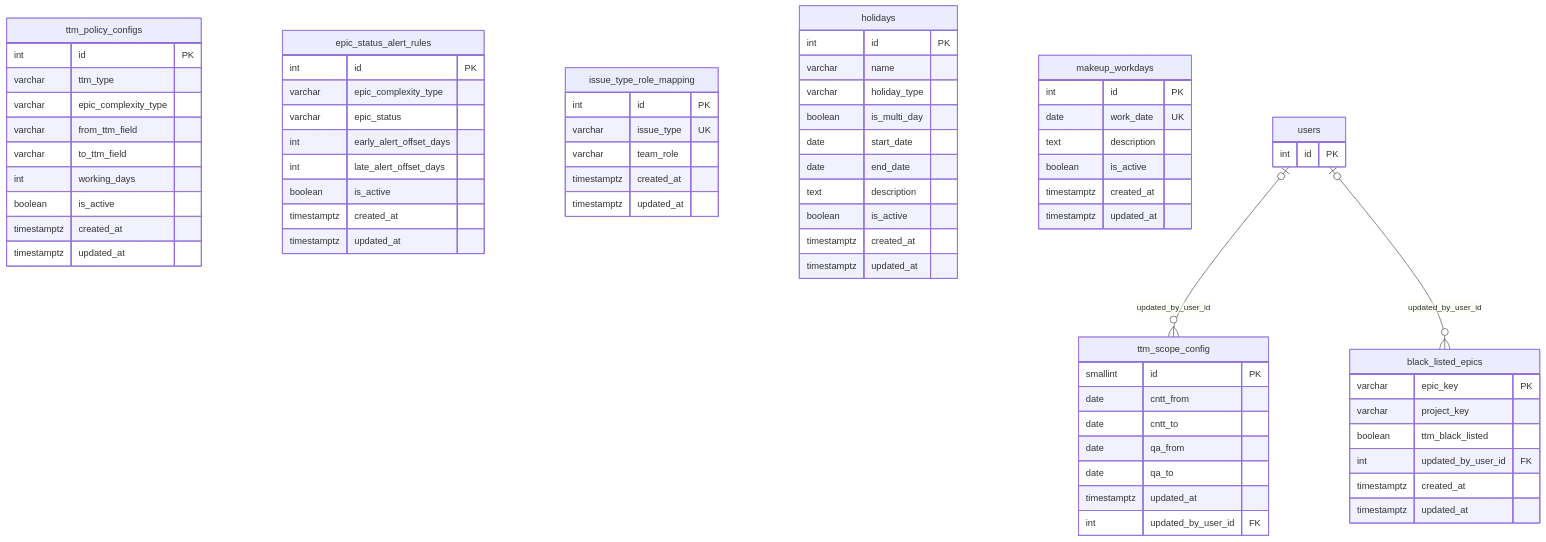
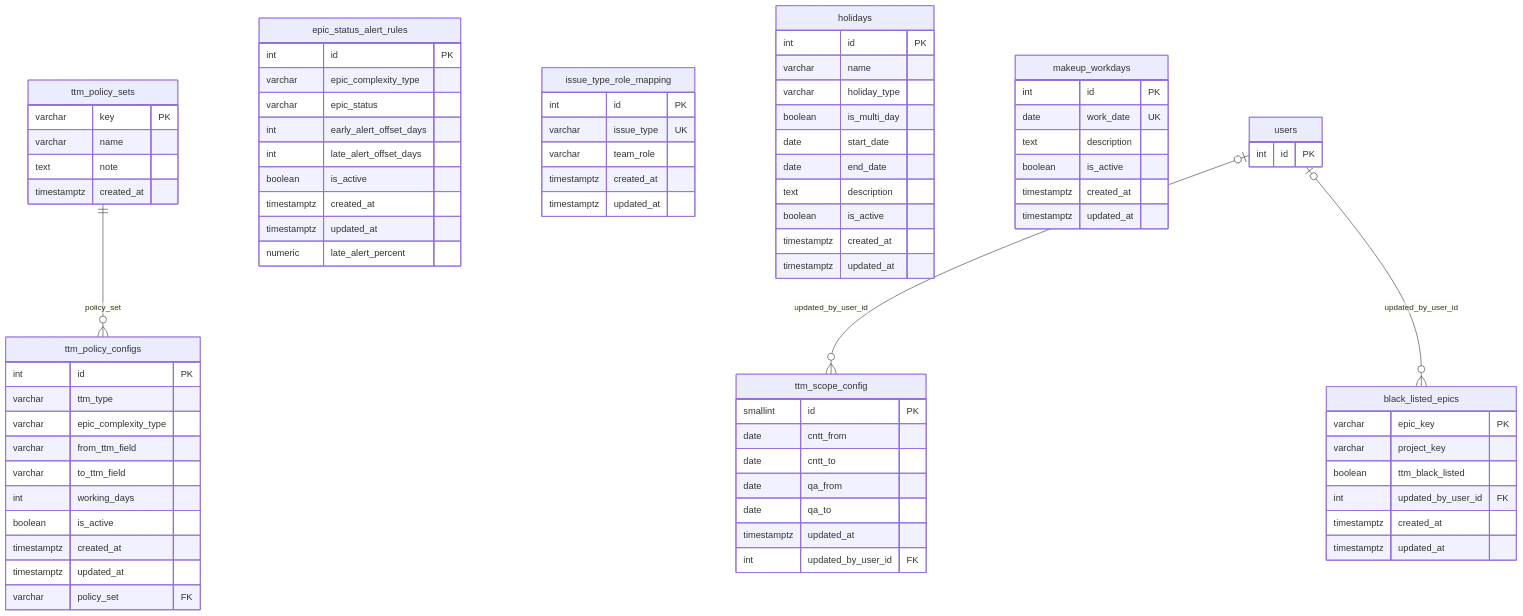
The fifth of 12 diagrams in docs/database-erd.md (dminhbb/ttm-tool), drawn with Mermaid before and after one commit. The commit also changed other lines of this file and 29 other files, not shown here.

````diff
--- a/docs/database-erd.md
+++ b/docs/database-erd.md
@@ -726,73 +726,82 @@
 ```mermaid
 erDiagram
+    ttm_policy_sets {
+        varchar key PK
+        varchar name
+        text note
+        timestamptz created_at
+    }
     ttm_policy_configs {
         int id PK
         varchar ttm_type
         varchar epic_complexity_type
         varchar from_ttm_field
         varchar to_ttm_field
         int working_days
         boolean is_active
         timestamptz created_at
         timestamptz updated_at
+        varchar policy_set FK
     }
     epic_status_alert_rules {
         int id PK
         varchar epic_complexity_type
         varchar epic_status
         int early_alert_offset_days
         int late_alert_offset_days
         boolean is_active
         timestamptz created_at
         timestamptz updated_at
+        numeric late_alert_percent
     }
     issue_type_role_mapping {
         int id PK
         varchar issue_type UK
         varchar team_role
         timestamptz created_at
         timestamptz updated_at
     }
     ttm_scope_config {
         smallint id PK
         date cntt_from
         date cntt_to
         date qa_from
         date qa_to
         timestamptz updated_at
         int updated_by_user_id FK
     }
     holidays {
         int id PK
         varchar name
         varchar holiday_type
         boolean is_multi_day
         date start_date
         date end_date
         text description
         boolean is_active
         timestamptz created_at
         timestamptz updated_at
     }
     makeup_workdays {
         int id PK
         date work_date UK
         text description
         boolean is_active
         timestamptz created_at
         timestamptz updated_at
     }
     black_listed_epics {
         varchar epic_key PK
         varchar project_key
         boolean ttm_black_listed
         int updated_by_user_id FK
         timestamptz created_at
         timestamptz updated_at
     }
     users {
         int id PK
     }
+    ttm_policy_sets ||--o{ ttm_policy_configs : "policy_set"
     users |o--o{ ttm_scope_config : "updated_by_user_id"
     users |o--o{ black_listed_epics : "updated_by_user_id"
 ```
````
